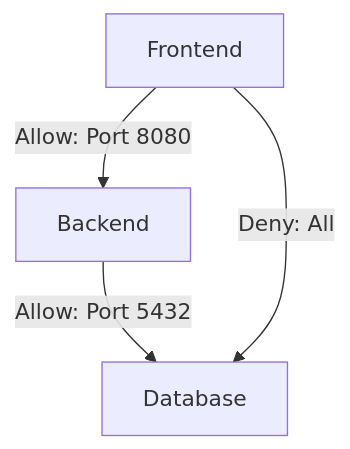
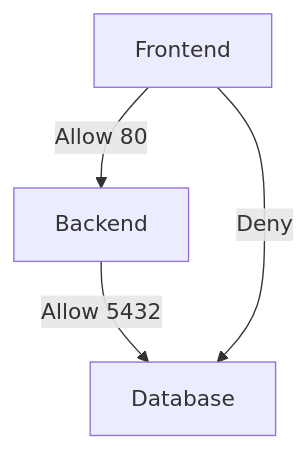
One commit to Devopstrio/hybrid-kubernetes-pattern changed the seventh of 30 diagrams in README.md. Above: the diagram before and after it, drawn with Mermaid. The commit also changed other lines of this file, not shown here.

Commit message:
docs: expand README with 30+ architectural diagrams

````diff
--- a/README.md
+++ b/README.md
@@ -172,10 +91,6 @@
 ```mermaid
 graph TD
-    PodA[Frontend]
-    PodB[Backend]
-    PodC[Database]
-    
-    PodA -- "Allow: Port 8080" --> PodB
-    PodB -- "Allow: Port 5432" --> PodC
-    PodA -- "Deny: All" --> PodC
+    F[Frontend] -->|Allow 80| B[Backend]
+    B -->|Allow 5432| D[Database]
+    F -- Deny --> D
 ```
````
